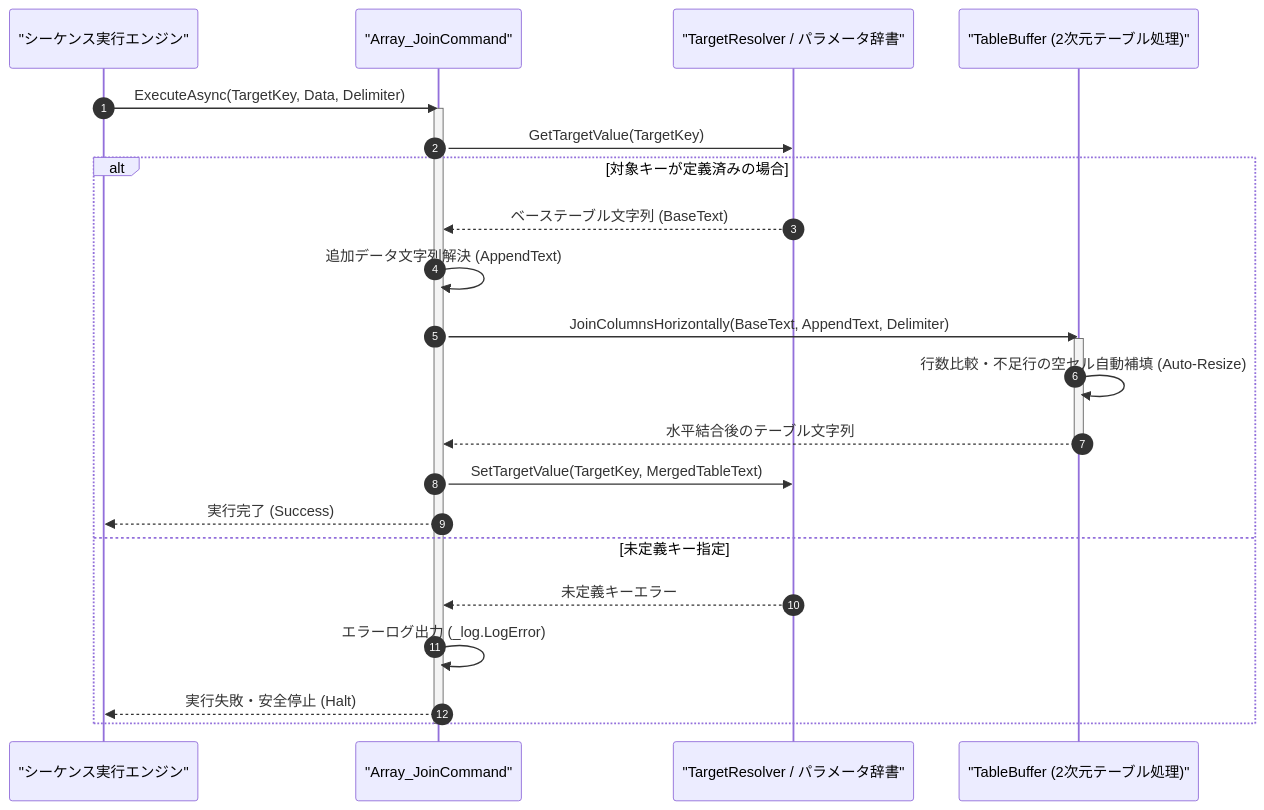
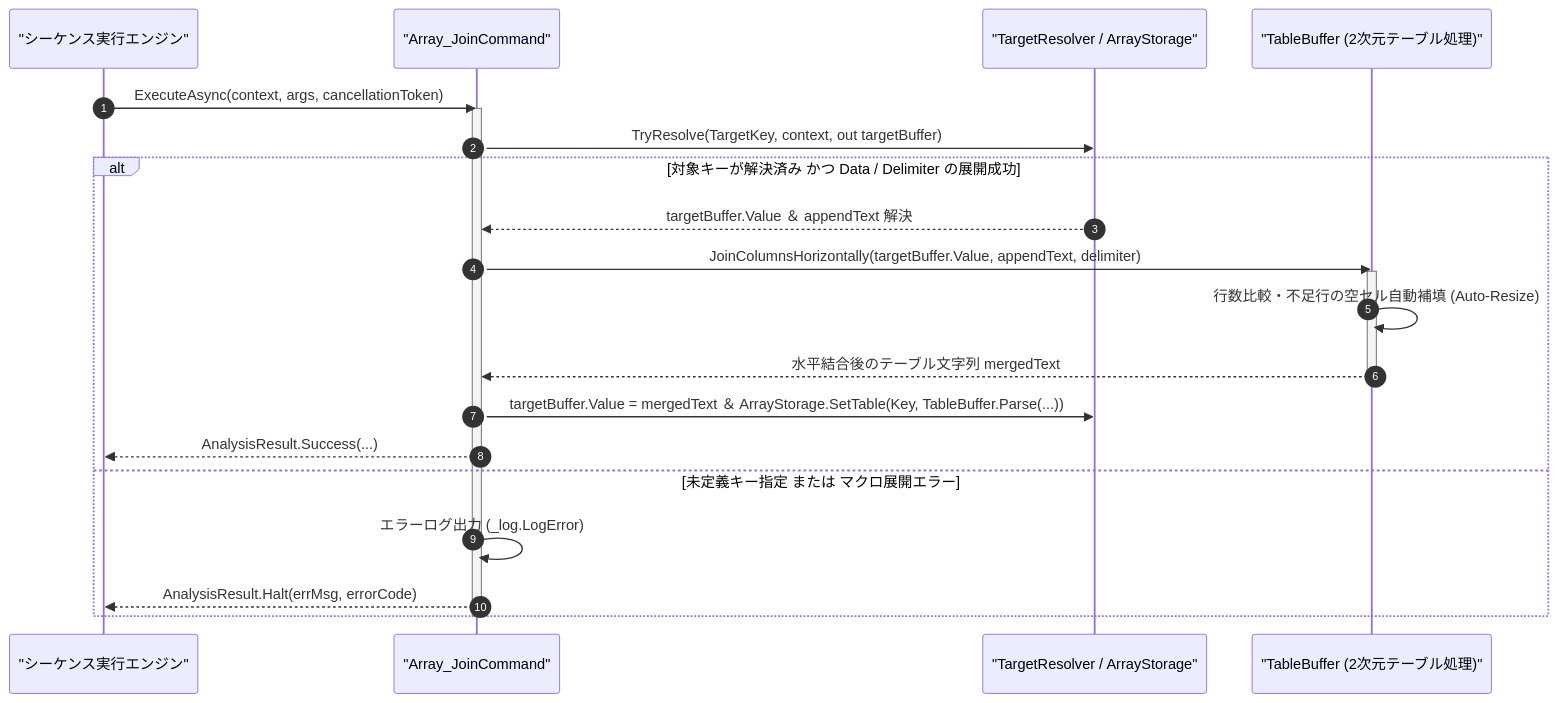
Before and after one commit to Monaca-App/TermAddIn: the diagram in Manual/Core/Array/Array_Join.Md, drawn with Mermaid. The commit also changed other lines of this file and 157 other files, not shown here.

````diff
--- a/Manual/Core/Array/Array_Join.Md
+++ b/Manual/Core/Array/Array_Join.Md
@@ -67,28 +72,26 @@
 ```mermaid
 sequenceDiagram
     autonumber
     participant Engine as "シーケンス実行エンジン"
     participant Cmd as "Array_JoinCommand"
-    participant Target as "TargetResolver / パラメータ辞書"
+    participant Target as "TargetResolver / ArrayStorage"
     participant Buffer as "TableBuffer (2次元テーブル処理)"
 
-    Engine->>Cmd: ExecuteAsync(TargetKey, Data, Delimiter)
+    Engine->>Cmd: ExecuteAsync(context, args, cancellationToken)
     activate Cmd
-    Cmd->>Target: GetTargetValue(TargetKey)
-    alt 対象キーが定義済みの場合
-        Target-->>Cmd: ベーステーブル文字列 (BaseText)
-        Cmd->>Cmd: 追加データ文字列解決 (AppendText)
-        Cmd->>Buffer: JoinColumnsHorizontally(BaseText, AppendText, Delimiter)
+    Cmd->>Target: TryResolve(TargetKey, context, out targetBuffer)
+    alt 対象キーが解決済み かつ Data / Delimiter の展開成功
+        Target-->>Cmd: targetBuffer.Value ＆ appendText 解決
+        Cmd->>Buffer: JoinColumnsHorizontally(targetBuffer.Value, appendText, delimiter)
         activate Buffer
         Buffer->>Buffer: 行数比較・不足行の空セル自動補填 (Auto-Resize)
-        Buffer-->>Cmd: 水平結合後のテーブル文字列
+        Buffer-->>Cmd: 水平結合後のテーブル文字列 mergedText
         deactivate Buffer
-        Cmd->>Target: SetTargetValue(TargetKey, MergedTableText)
-        Cmd-->>Engine: 実行完了 (Success)
-    else 未定義キー指定
-        Target-->>Cmd: 未定義キーエラー
+        Cmd->>Target: targetBuffer.Value = mergedText ＆ ArrayStorage.SetTable(Key, TableBuffer.Parse(...))
+        Cmd-->>Engine: AnalysisResult.Success(...)
+    else 未定義キー指定 または マクロ展開エラー
         Cmd->>Cmd: エラーログ出力 (_log.LogError)
-        Cmd-->>Engine: 実行失敗・安全停止 (Halt)
+        Cmd-->>Engine: AnalysisResult.Halt(errMsg, errorCode)
     end
     deactivate Cmd
 ```
````
